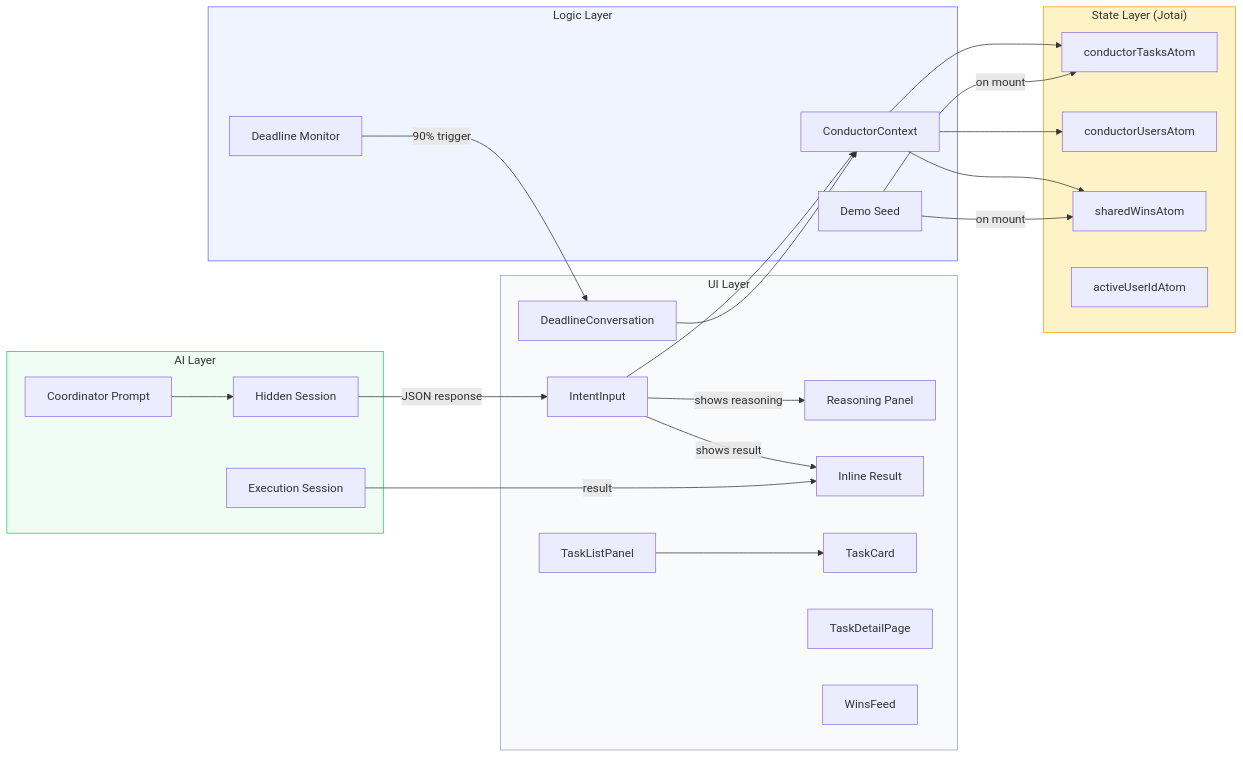
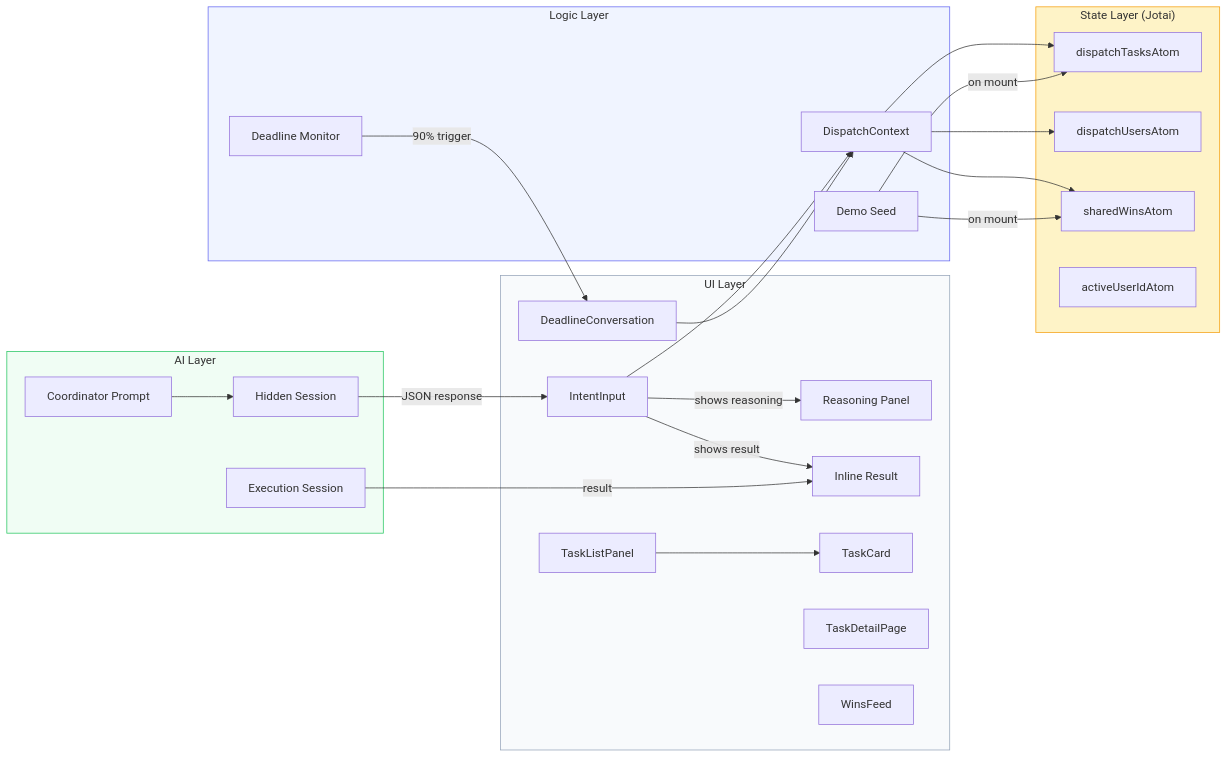
Before and after one commit to marvkr/better-slack: the second of 2 diagrams in prd.md, drawn with Mermaid. The commit also changed other lines of this file and 30 other files, not shown here.

First line of the commit message:
Rename conductor to dispatch across the codebase

````diff
--- a/prd.md
+++ b/prd.md
@@ -98,44 +98,44 @@
 ```mermaid
 graph LR
     subgraph UI["UI Layer"]
         IS[IntentInput] --> |shows reasoning| RP[Reasoning Panel]
         IS --> |shows result| IR[Inline Result]
         TL[TaskListPanel] --> TC[TaskCard]
         TD[TaskDetailPage]
         DC[DeadlineConversation]
         WF[WinsFeed]
     end
 
     subgraph State["State Layer (Jotai)"]
-        TA[conductorTasksAtom]
-        UA[conductorUsersAtom]
+        TA[dispatchTasksAtom]
+        UA[dispatchUsersAtom]
         WA[sharedWinsAtom]
         AUI[activeUserIdAtom]
     end
 
     subgraph Logic["Logic Layer"]
-        CC[ConductorContext]
+        CC[DispatchContext]
         DM[Deadline Monitor]
         DS[Demo Seed]
     end
 
     subgraph AI["AI Layer"]
         CP[Coordinator Prompt] --> HS[Hidden Session]
         HS --> |JSON response| IS
         ES[Execution Session] --> |result| IR
     end
 
     IS --> CC
     DC --> CC
     CC --> TA
     CC --> UA
     CC --> WA
     DM --> |90% trigger| DC
     DS --> |on mount| TA
     DS --> |on mount| WA
 
     style UI fill:#f8fafc,stroke:#94a3b8
     style State fill:#fef3c7,stroke:#f59e0b
     style Logic fill:#f0f4ff,stroke:#6366f1
     style AI fill:#f0fdf4,stroke:#22c55e
 ```
````
